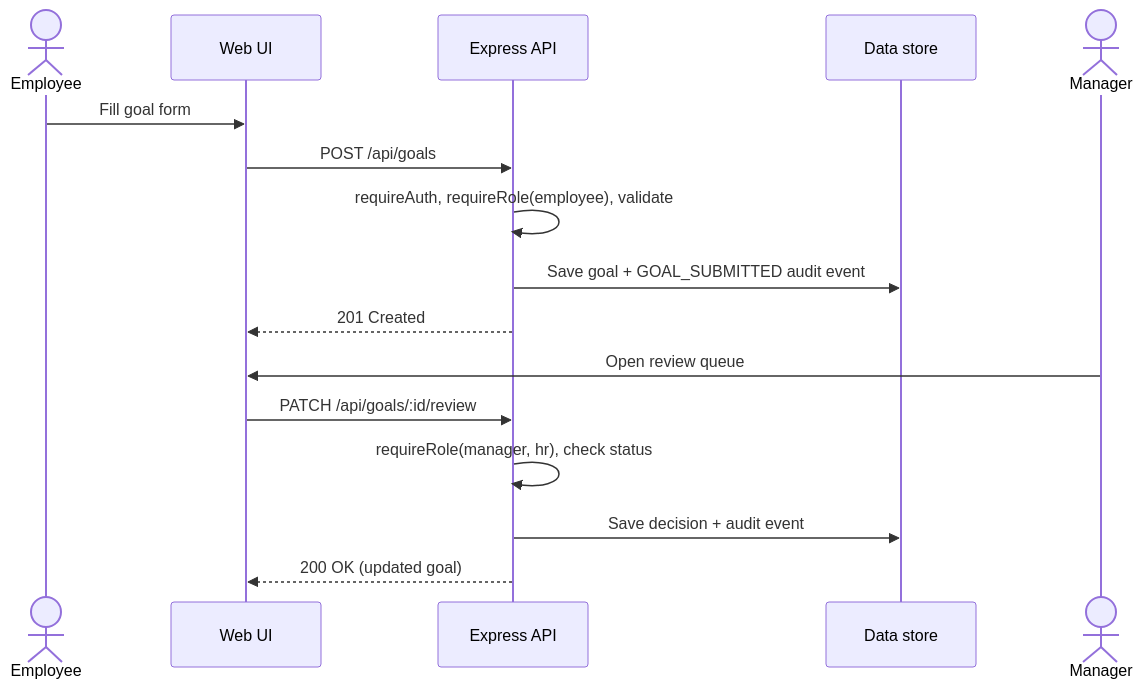
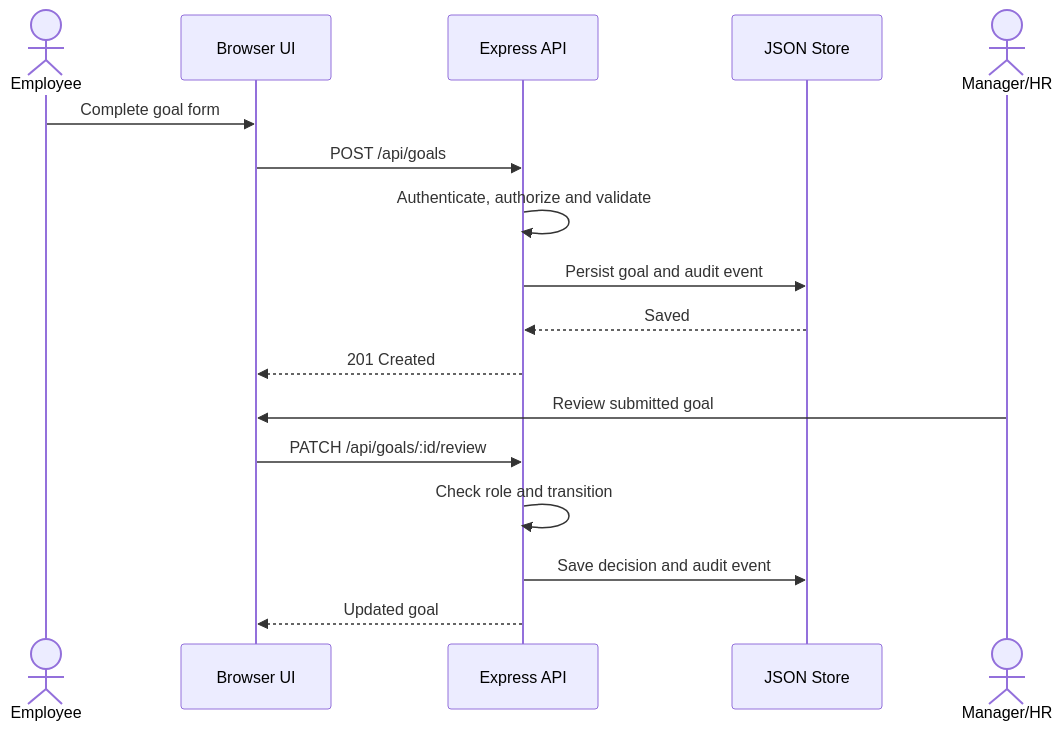
One commit to GSAIHEMANTH279/Automated-performance-appraisal-system changed the second of 3 diagrams in SRS_SAD_TestPlan/SAD.md. Above: the diagram before and after it, drawn with Mermaid. The commit also changed other lines of this file and 19 other files, not shown here.

````diff
--- a/SRS_SAD_TestPlan/SAD.md
+++ b/SRS_SAD_TestPlan/SAD.md
@@ -163,18 +117,19 @@
 ```mermaid
 sequenceDiagram
-  actor E as Employee
-  participant UI as Web UI
-  participant API as Express API
-  participant S as Data store
-  E->>UI: Fill goal form
-  UI->>API: POST /api/goals
-  API->>API: requireAuth, requireRole(employee), validate
-  API->>S: Save goal + GOAL_SUBMITTED audit event
-  API-->>UI: 201 Created
-  actor M as Manager
-  M->>UI: Open review queue
-  UI->>API: PATCH /api/goals/:id/review
-  API->>API: requireRole(manager, hr), check status
-  API->>S: Save decision + audit event
-  API-->>UI: 200 OK (updated goal)
+ actor E as Employee
+ participant UI as Browser UI
+ participant API as Express API
+ participant Store as JSON Store
+ E->>UI: Complete goal form
+ UI->>API: POST /api/goals
+ API->>API: Authenticate, authorize and validate
+ API->>Store: Persist goal and audit event
+ Store-->>API: Saved
+ API-->>UI: 201 Created
+ actor M as Manager/HR
+ M->>UI: Review submitted goal
+ UI->>API: PATCH /api/goals/:id/review
+ API->>API: Check role and transition
+ API->>Store: Save decision and audit event
+ API-->>UI: Updated goal
 ```
````
